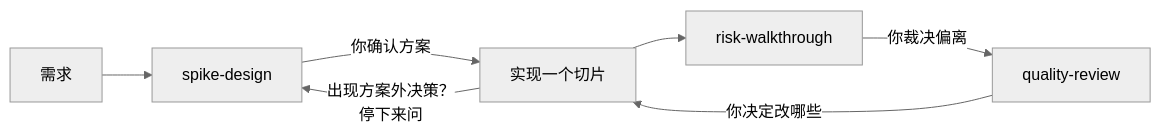
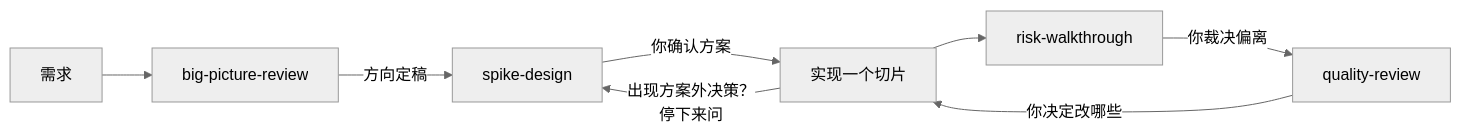
One commit to Gamehu/reins changed the diagram in README.md. Above: the diagram before and after it, drawn with Mermaid (neutral theme). The commit also changed other lines of this file and 3 other files, not shown here.

First line of the commit message:
feat: add big-picture-review skill

````diff
--- a/README.md
+++ b/README.md
@@ -120,9 +132,10 @@
 ```mermaid
 flowchart LR
-  R["需求"] --> P["spike-design"]
+  R["需求"] --> G["big-picture-review"]
+  G -- "方向定稿" --> P["spike-design"]
   P -- "你确认方案" --> B["实现一个切片"]
   B -- "出现方案外决策？<br/>停下来问" --> P
   B --> W["risk-walkthrough"]
   W -- "你裁决偏离" --> Q["quality-review"]
   Q -- "你决定改哪些" --> B
 ```
````
